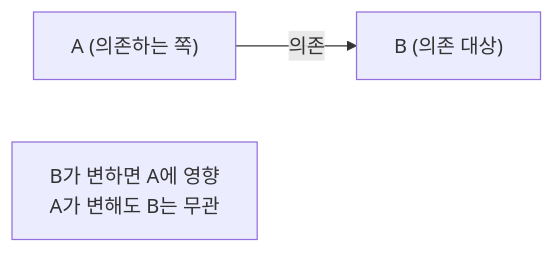
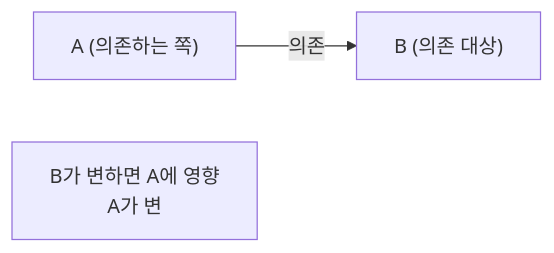
Before and after one commit to yjkim2015/yjkim2015.github.io: the first of 5 diagrams in _posts/spring/2022-06-16-의존관계 주입(DI).md, drawn with Mermaid. The commit also changed other lines of this file and 271 other files, not shown here.

First line of the commit message:
Mermaid 라벨 축소: 긴 노드 텍스트 18자 이하로 트림 + \n 제거

````diff
--- a/_posts/spring/2022-06-16-의존관계 주입(DI).md
+++ b/_posts/spring/2022-06-16-의존관계 주입(DI).md
@@ -21,7 +21,7 @@
 ```mermaid
 graph LR
     A["A (의존하는 쪽)"]
     B["B (의존 대상)"]
     A -->|"의존"| B
-    NOTE["B가 변하면 A에 영향\nA가 변해도 B는 무관"]
+    NOTE["B가 변하면 A에 영향\nA가 변"]
 ```
````
